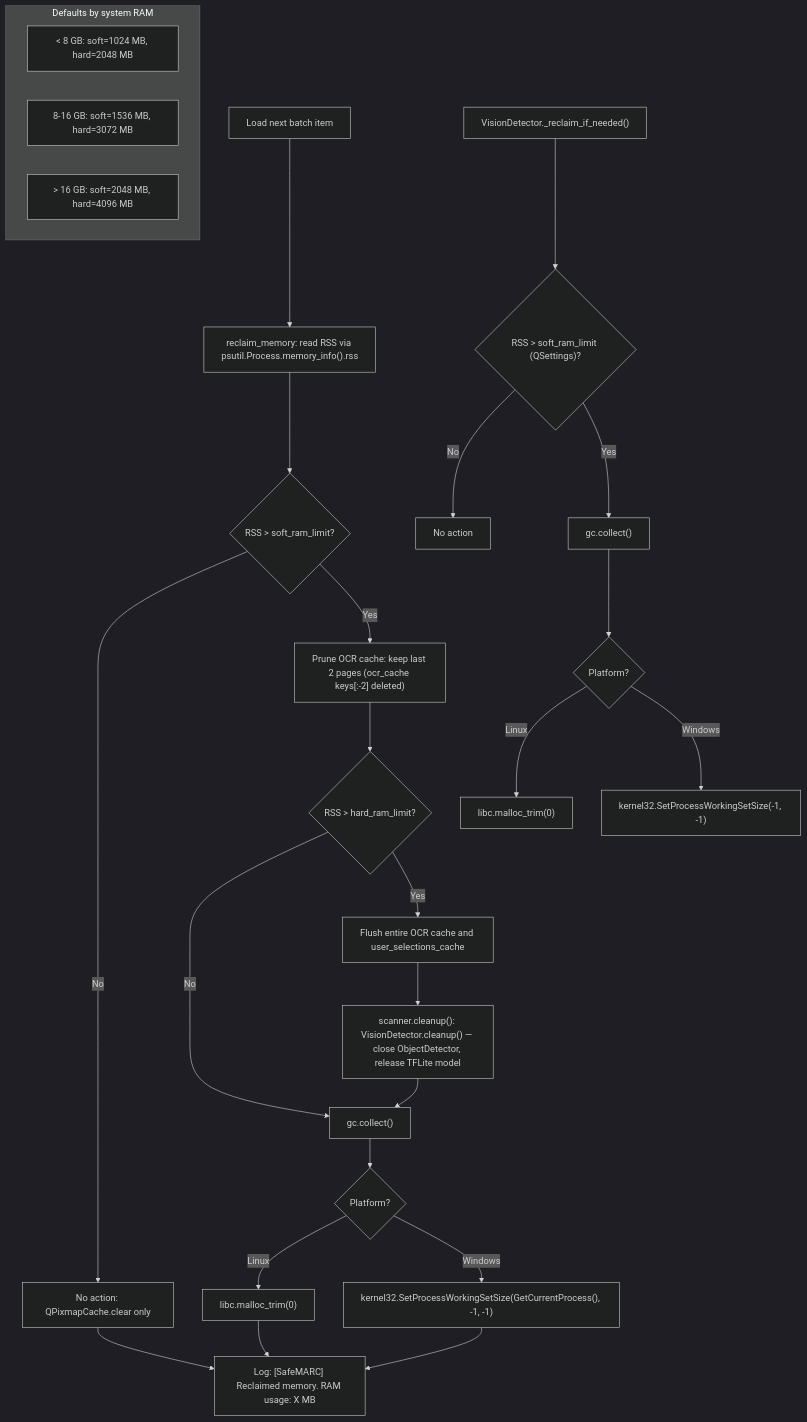
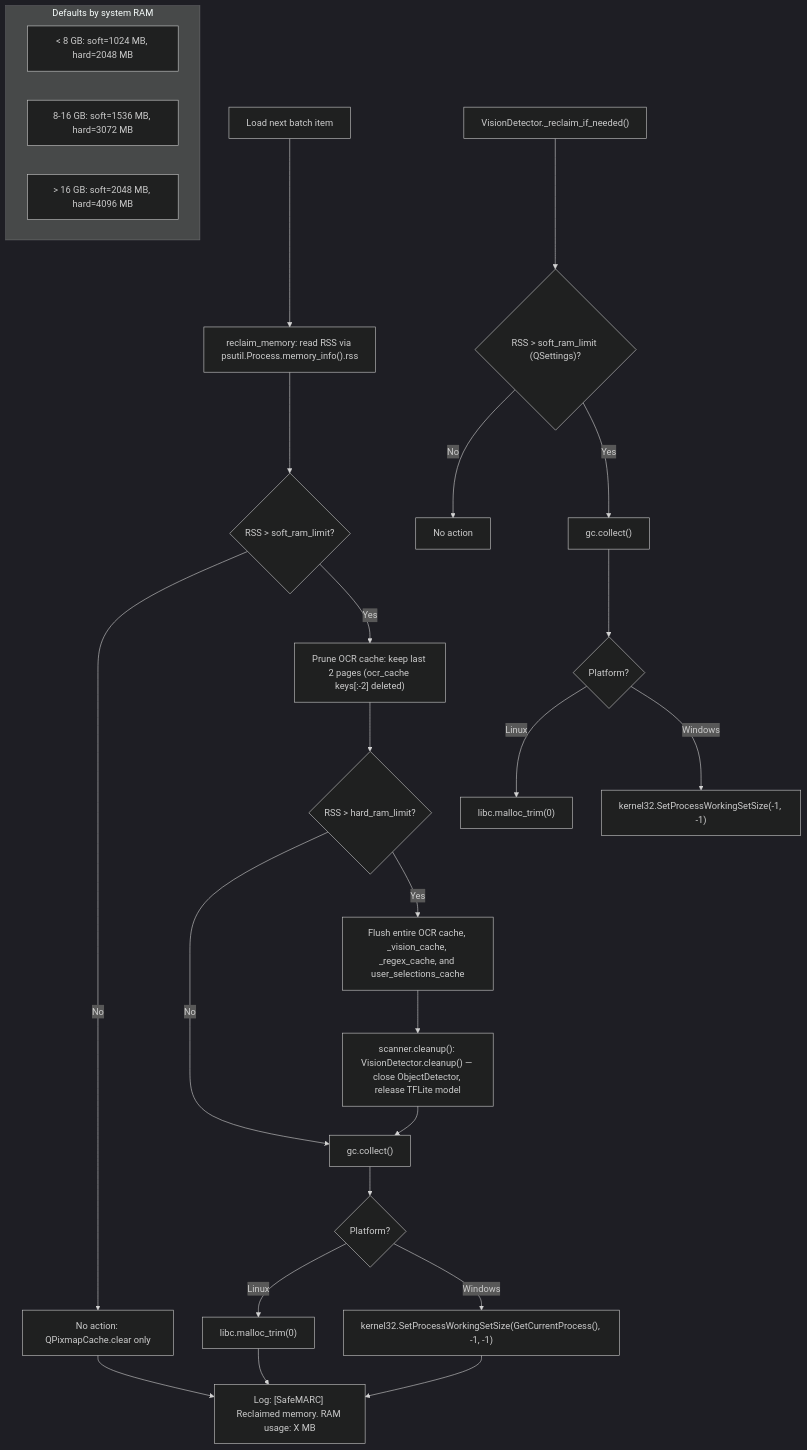
Before and after one commit to FurqanHun/SafeMARC: the tenth of 15 diagrams in docs/architecture/workflows.md, drawn with Mermaid (dark theme). The commit also changed other lines of this file and 6 other files, not shown here.

Commit message:
docs: update architecture diagrams and programmatic documentation

````diff
--- a/docs/architecture/workflows.md
+++ b/docs/architecture/workflows.md
@@ -409,31 +412,31 @@
 ```mermaid
 graph TD
     A[Load next batch item] --> B["reclaim_memory: read RSS via psutil.Process.memory_info().rss"]
     B --> C{"RSS > soft_ram_limit?"}
     C -- No --> DONE[No action: QPixmapCache.clear only]
     C -- Yes --> D["Prune OCR cache: keep last 2 pages (ocr_cache keys[:-2] deleted)"]
     D --> E{"RSS > hard_ram_limit?"}
     E -- No --> F["gc.collect()"]
-    E -- Yes --> G[Flush entire OCR cache and user_selections_cache]
+    E -- Yes --> G[Flush entire OCR cache, _vision_cache, _regex_cache, and user_selections_cache]
     G --> H["scanner.cleanup(): VisionDetector.cleanup() — close ObjectDetector, release TFLite model"]
     H --> F
     F --> I{Platform?}
     I -- Linux --> J["libc.malloc_trim(0)"]
     I -- Windows --> K["kernel32.SetProcessWorkingSetSize(GetCurrentProcess(), -1, -1)"]
     J --> L["Log: [SafeMARC] Reclaimed memory. RAM usage: X MB"]
     K --> L
     DONE --> L
 
     subgraph Defaults by system RAM
         D1["< 8 GB: soft=1024 MB, hard=2048 MB"]
         D2["8-16 GB: soft=1536 MB, hard=3072 MB"]
         D3["> 16 GB: soft=2048 MB, hard=4096 MB"]
     end
 
     M["VisionDetector._reclaim_if_needed()"] --> N{"RSS > soft_ram_limit (QSettings)?"}
     N -- No --> NODONE[No action]
     N -- Yes --> O2["gc.collect()"]
     O2 --> P2{Platform?}
     P2 -- Linux --> Q2["libc.malloc_trim(0)"]
     P2 -- Windows --> R2["kernel32.SetProcessWorkingSetSize(-1, -1)"]
 ```
````
